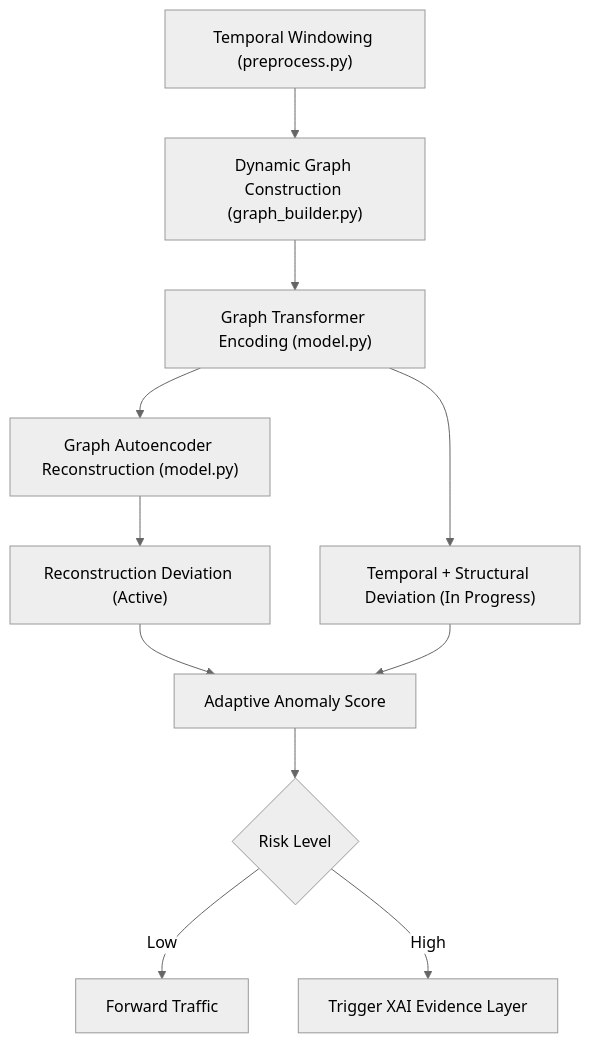
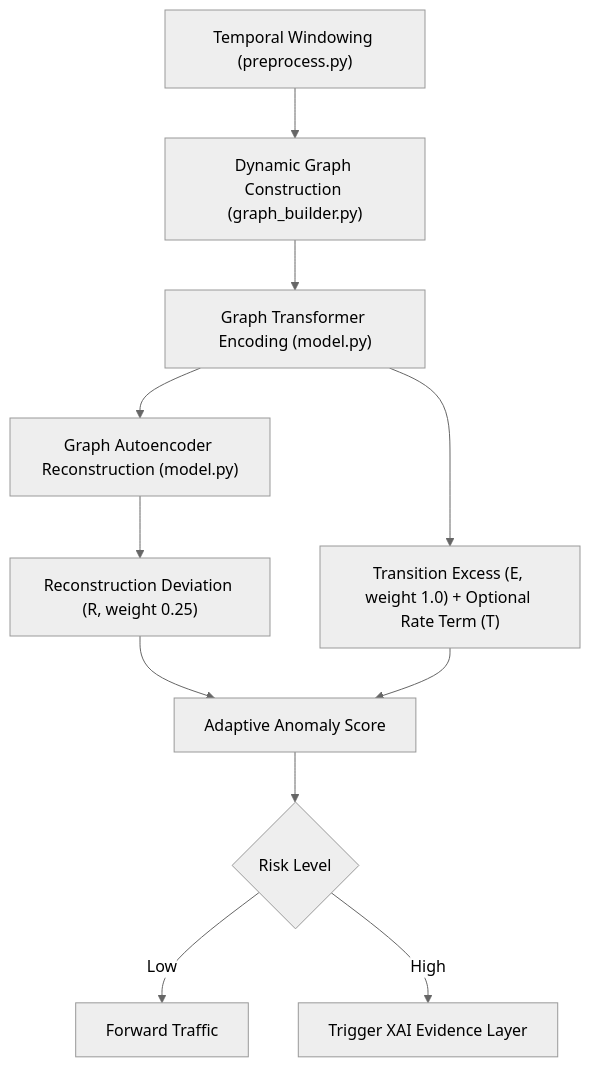
The third of 7 diagrams in README.md (Etrlnx/Vaahan), drawn with Mermaid (neutral theme) before and after one commit. The commit also changed other lines of this file, not shown here.

First line of the commit message:
docs(readme): remove stale 'In Progress' labels and update future work

````diff
--- a/README.md
+++ b/README.md
@@ -134,17 +134,17 @@
 ```mermaid
 flowchart TD
 
 A["Temporal Windowing (preprocess.py)"] --> B["Dynamic Graph Construction (graph_builder.py)"]
 B --> C["Graph Transformer Encoding (model.py)"]
 C --> D["Graph Autoencoder Reconstruction (model.py)"]
 
-D --> E["Reconstruction Deviation (Active)"]
-C --> F["Temporal + Structural Deviation (In Progress)"]
+D --> E["Reconstruction Deviation (R, weight 0.25)"]
+C --> F["Transition Excess (E, weight 1.0) + Optional Rate Term (T)"]
 
 E --> G["Adaptive Anomaly Score"]
 F --> G
 
 G --> H{Risk Level}
 H -->|Low| I["Forward Traffic"]
 H -->|High| J["Trigger XAI Evidence Layer"]
 ```
````
